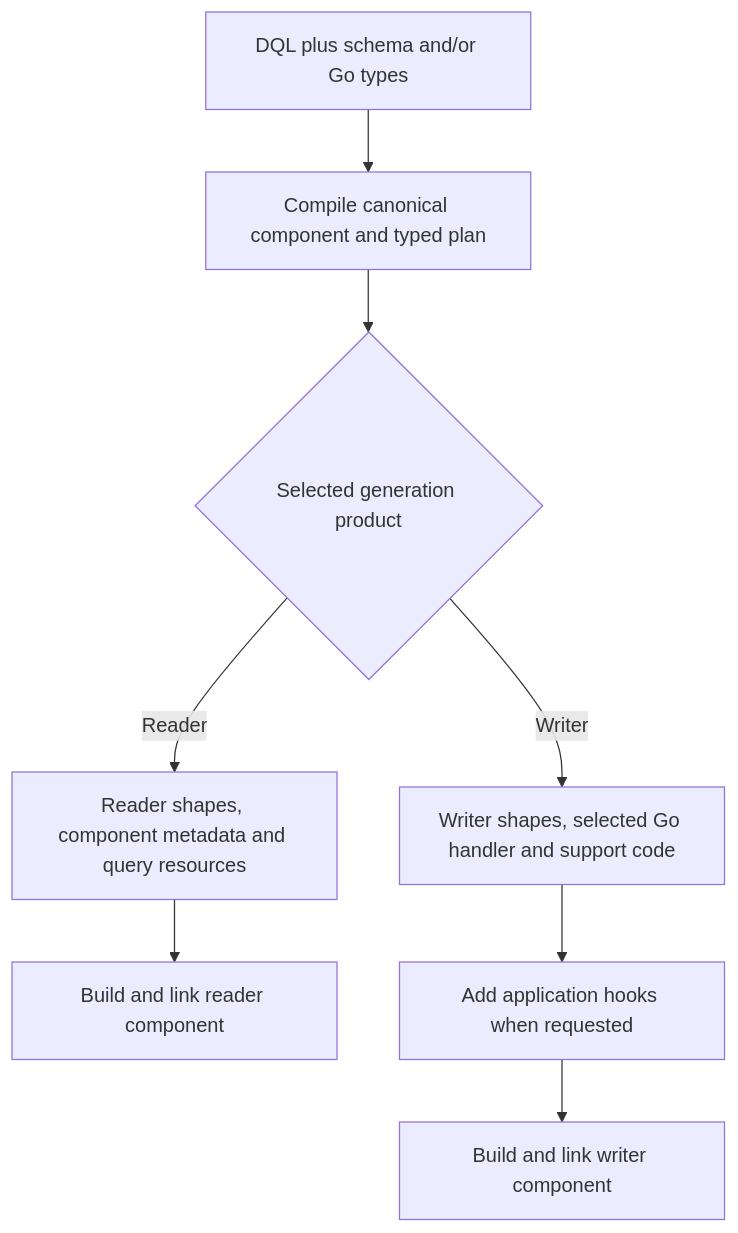
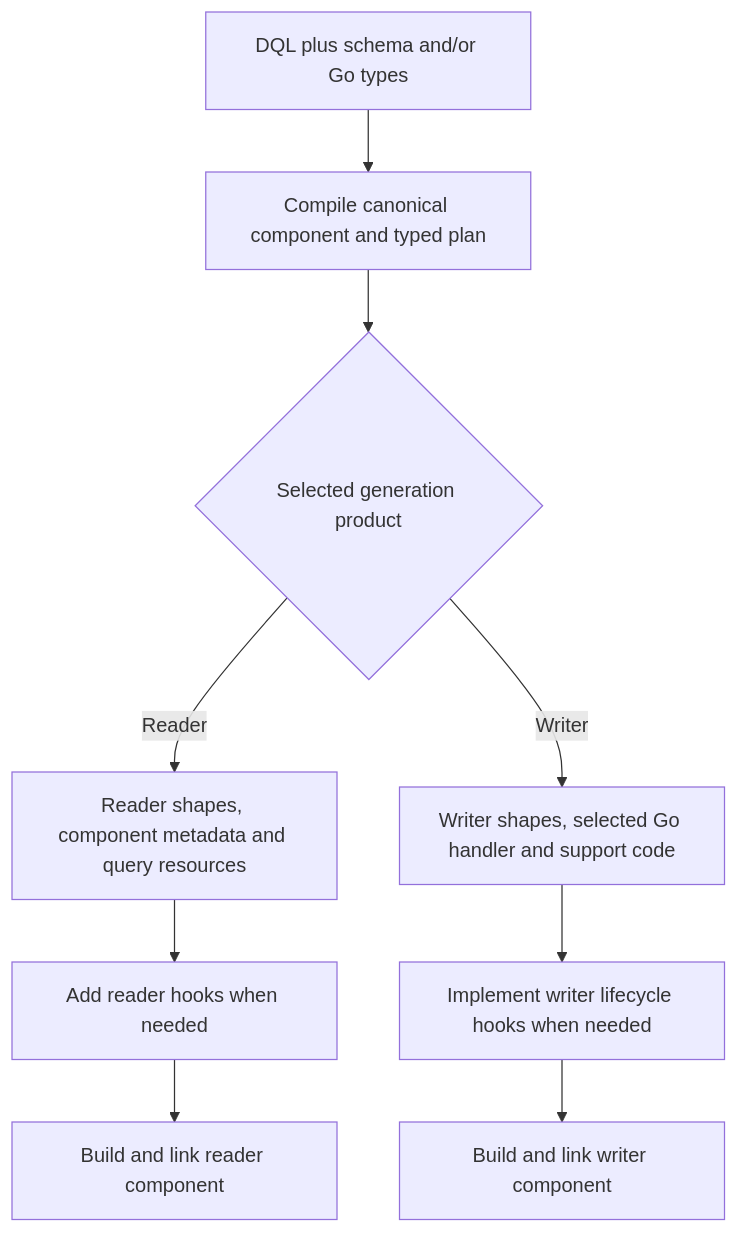
One commit to viant/datly changed the third of 3 diagrams in doc/programming-model.md. Above: the diagram before and after it, drawn with Mermaid. The commit also changed other lines of this file, not shown here.

Commit message:
Show reader hooks and high-level PATCH generation in programming guide

````diff
--- a/doc/programming-model.md
+++ b/doc/programming-model.md
@@ -88,10 +88,11 @@
 ```mermaid
 flowchart TD
     A[DQL plus schema and/or Go types] --> B[Compile canonical component and typed plan]
     B --> C{Selected generation product}
     C -->|Reader| R[Reader shapes, component metadata and query resources]
     C -->|Writer| W[Writer shapes, selected Go handler and support code]
-    R --> RB[Build and link reader component]
-    W --> WH[Add application hooks when requested]
+    R --> RH[Add reader hooks when needed]
+    RH --> RB[Build and link reader component]
+    W --> WH[Implement writer lifecycle hooks when needed]
     WH --> WB[Build and link writer component]
 ```
````
